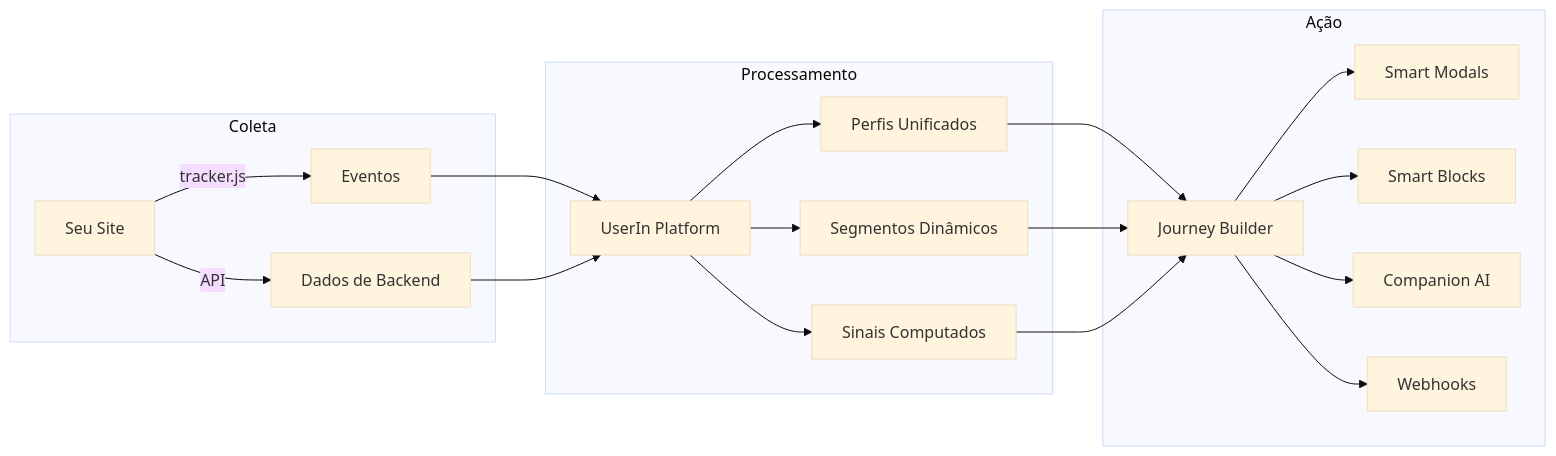
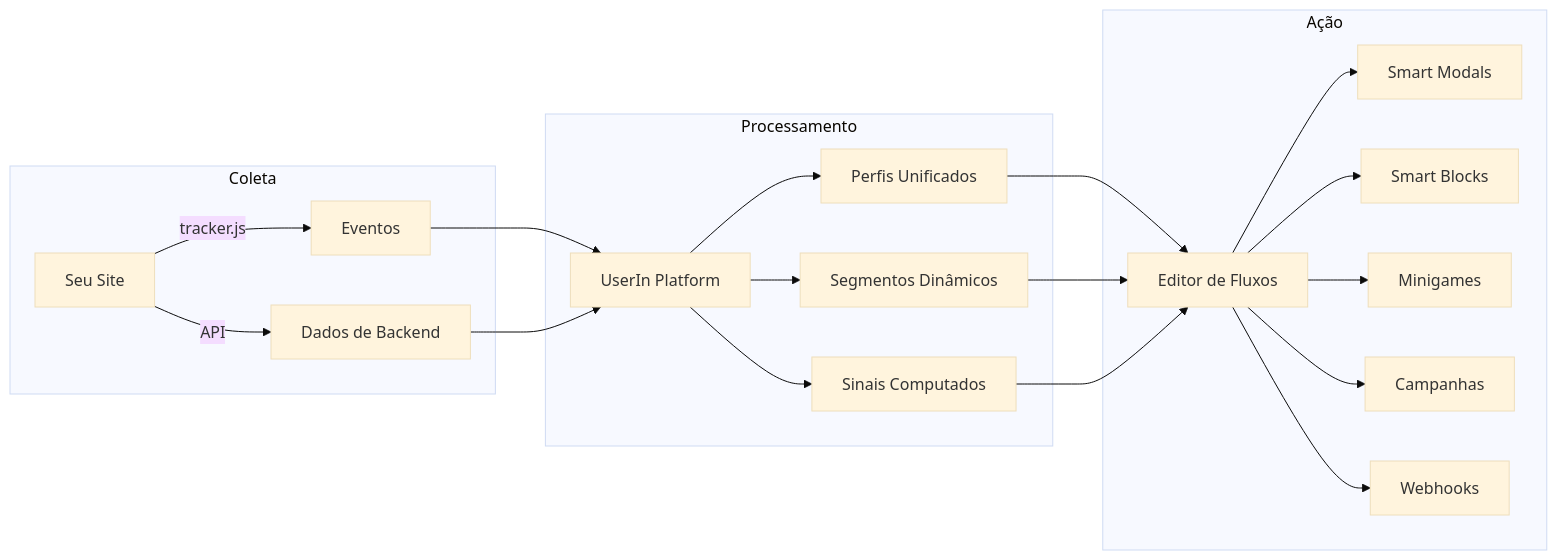
The diagram in visao-geral.mdx (sendspeed0/docs), drawn with Mermaid (base theme) before and after one commit. The commit also changed other lines of this file and 6 other files, not shown here.

````diff
--- a/visao-geral.mdx
+++ b/visao-geral.mdx
@@ -11,25 +11,26 @@
 ```mermaid
 flowchart LR
     subgraph Coleta
         A[Seu Site] -->|tracker.js| B[Eventos]
         A -->|API| C[Dados de Backend]
     end
     
     subgraph Processamento
         B --> D[UserIn Platform]
         C --> D
         D --> E[Perfis Unificados]
         D --> F[Segmentos Dinâmicos]
         D --> G[Sinais Computados]
     end
     
     subgraph Ação
-        E --> H[Journey Builder]
+        E --> H[Editor de Fluxos]
         F --> H
         G --> H
         H --> I[Smart Modals]
         H --> J[Smart Blocks]
-        H --> K[Companion AI]
-        H --> L[Webhooks]
+        H --> K[Minigames]
+        H --> L[Campanhas]
+        H --> M[Webhooks]
     end
 ```
````
